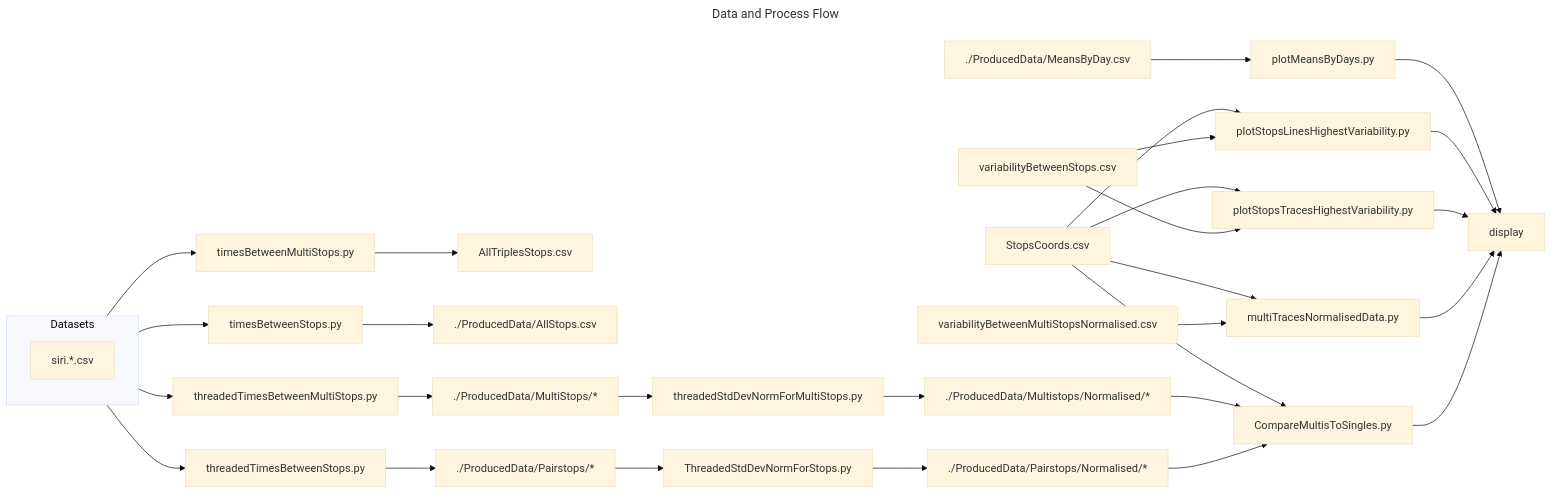
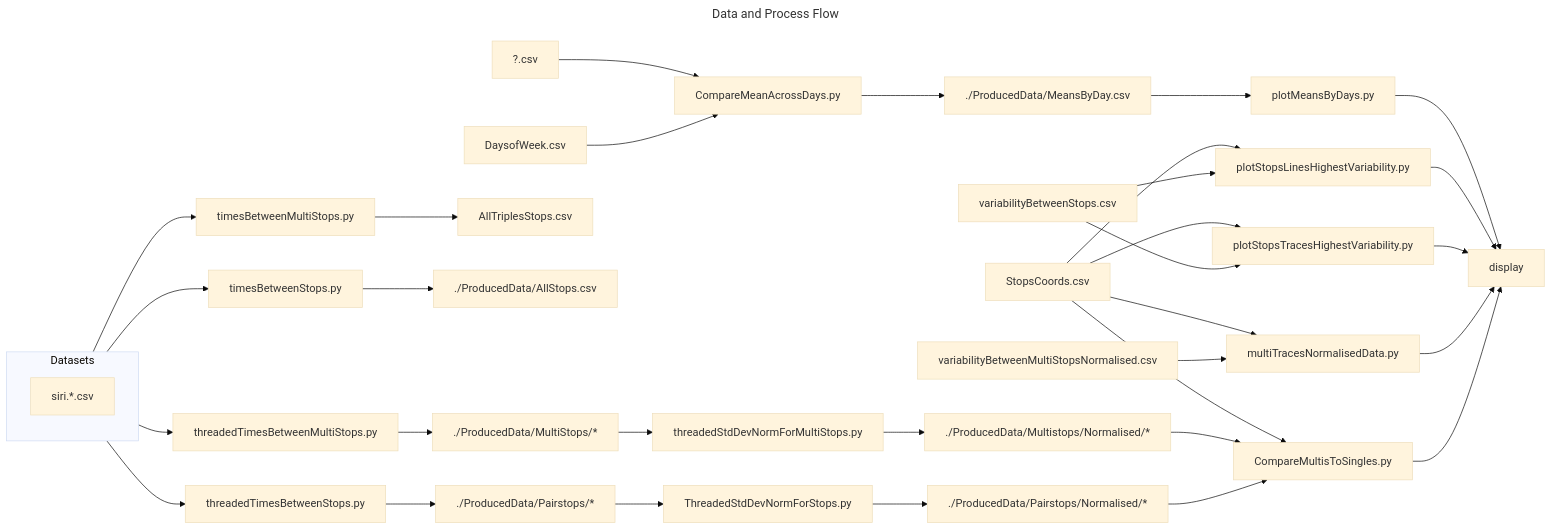
The first of 2 diagrams in README.md (OwenKDuffy/FinalYearProject), drawn with Mermaid (base theme) before and after one commit. The commit also changed other lines of this file and 16 other files, not shown here.

````diff
--- a/README.md
+++ b/README.md
@@ -13,30 +13,30 @@
 ```mermaid
 ---
 title: Data and Process Flow
 ---
 graph LR
 
-./ProducedData/MeansByDay.csv --> plotMeansByDays.py --> display
+?.csv & DaysofWeek.csv --> CompareMeanAcrossDays.py --> ./ProducedData/MeansByDay.csv --> plotMeansByDays.py --> display
 StopsCoords.csv & variabilityBetweenStops.csv --> plotStopsLinesHighestVariability.py --> display
 subgraph Datasets
     siri.*.csv
 end
 
 Datasets --> timesBetweenMultiStops.py --> AllTriplesStops.csv
 
 Datasets --> timesBetweenStops.py --> ./ProducedData/AllStops.csv
 
 StopsCoords.csv & variabilityBetweenStops.csv --> plotStopsTracesHighestVariability.py --> display 
 
 Datasets --> threadedTimesBetweenStops.py --> ./ProducedData/Pairstops/*
 
 Datasets --> threadedTimesBetweenMultiStops.py --> ./ProducedData/MultiStops/*
 
 ./ProducedData/MultiStops/* --> threadedStdDevNormForMultiStops.py --> ./ProducedData/Multistops/Normalised/*
 
 ./ProducedData/Pairstops/* --> ThreadedStdDevNormForStops.py --> ./ProducedData/Pairstops/Normalised/*
 
 StopsCoords.csv & variabilityBetweenMultiStopsNormalised.csv--> multiTracesNormalisedData.py --> display
 
 StopsCoords.csv & ./ProducedData/Multistops/Normalised/* & ./ProducedData/Pairstops/Normalised/* --> CompareMultisToSingles.py --> display
 ```
````
